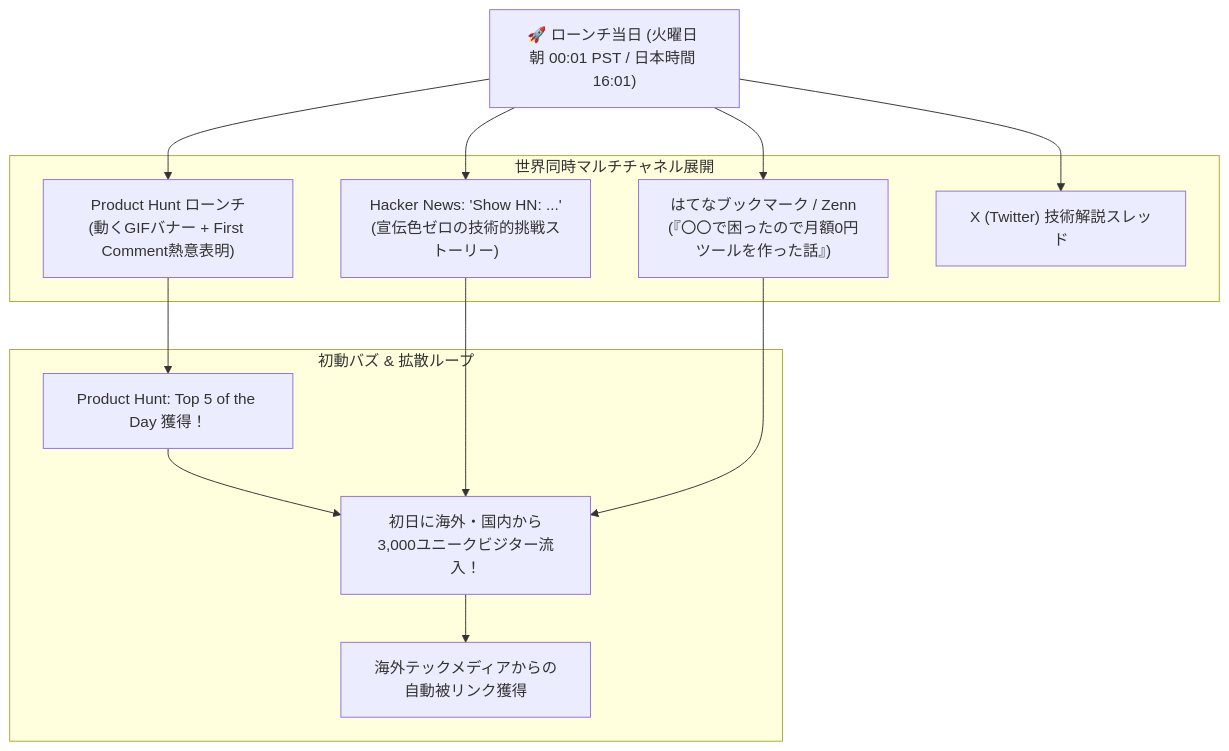
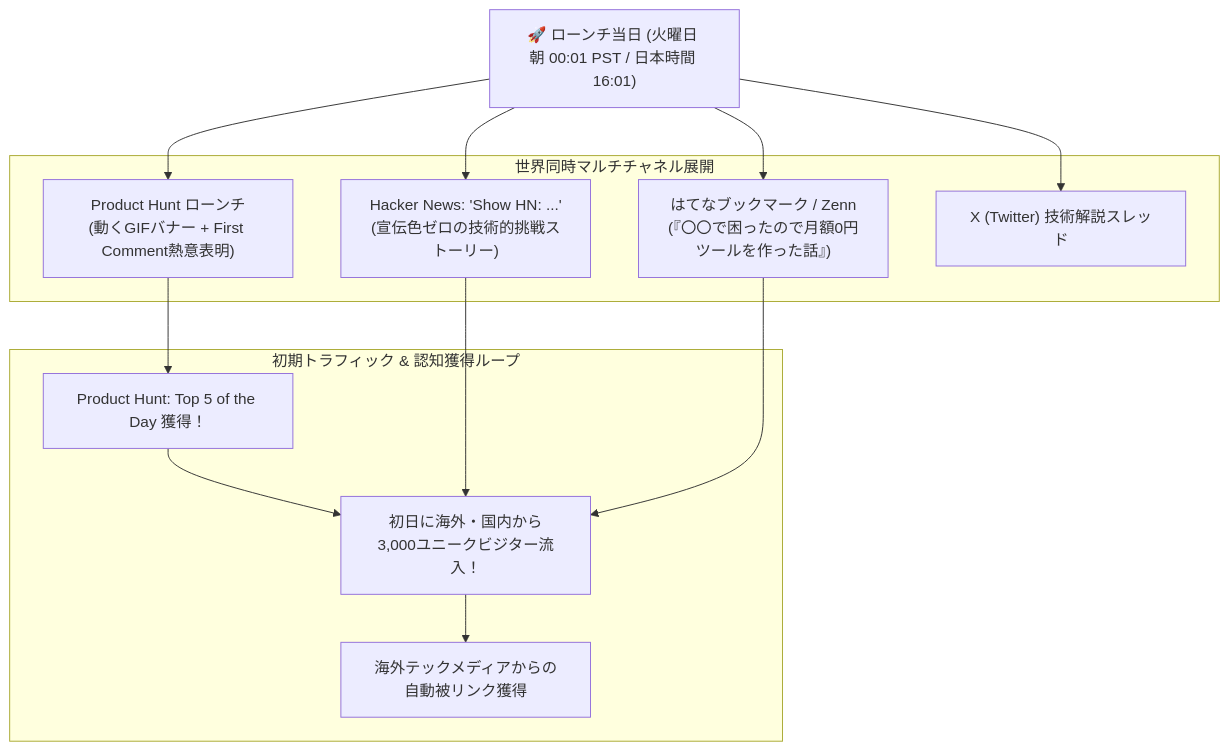
One commit to ojisantech/ojisan-arsenal changed the diagram in QIITA_ARTICLE_DETAIL_196.md. Above: the diagram before and after it, drawn with Mermaid. The commit also changed other lines of this file and 245 other files, not shown here.

Commit message:
feat: add 200 architecture diagram PNGs, fix diagrams syntax and sanitize tone

````diff
--- a/QIITA_ARTICLE_DETAIL_196.md
+++ b/QIITA_ARTICLE_DETAIL_196.md
@@ -27,27 +27,27 @@
 ```mermaid
 flowchart TD
     LaunchDay["🚀 ローンチ当日 (火曜日 朝 00:01 PST / 日本時間 16:01)"]
 
     subgraph Channels["世界同時マルチチャネル展開"]
         PH["Product Hunt ローンチ<br/>(動くGIFバナー + First Comment熱意表明)"]
         HN["Hacker News: 'Show HN: ...'<br/>(宣伝色ゼロの技術的挑戦ストーリー)"]
         Hatena["はてなブックマーク / Zenn<br/>(『〇〇で困ったので月額0円ツールを作った話』)"]
         X_Post["X (Twitter) 技術解説スレッド"]
     end
 
     LaunchDay --> PH
     LaunchDay --> HN
     LaunchDay --> Hatena
     LaunchDay --> X_Post
 
-    subgraph Virality["初動バズ & 拡散ループ"]
+    subgraph Virality["初期トラフィック & 認知獲得ループ"]
         PH_Rank["Product Hunt: Top 5 of the Day 獲得！"]
         Backlinks["海外テックメディアからの自動被リンク獲得"]
         Users["初日に海外・国内から3,000ユニークビジター流入！"]
     end
 
     PH --> PH_Rank --> Users
     HN --> Users
     Hatena --> Users
     Users --> Backlinks
 ```
````
